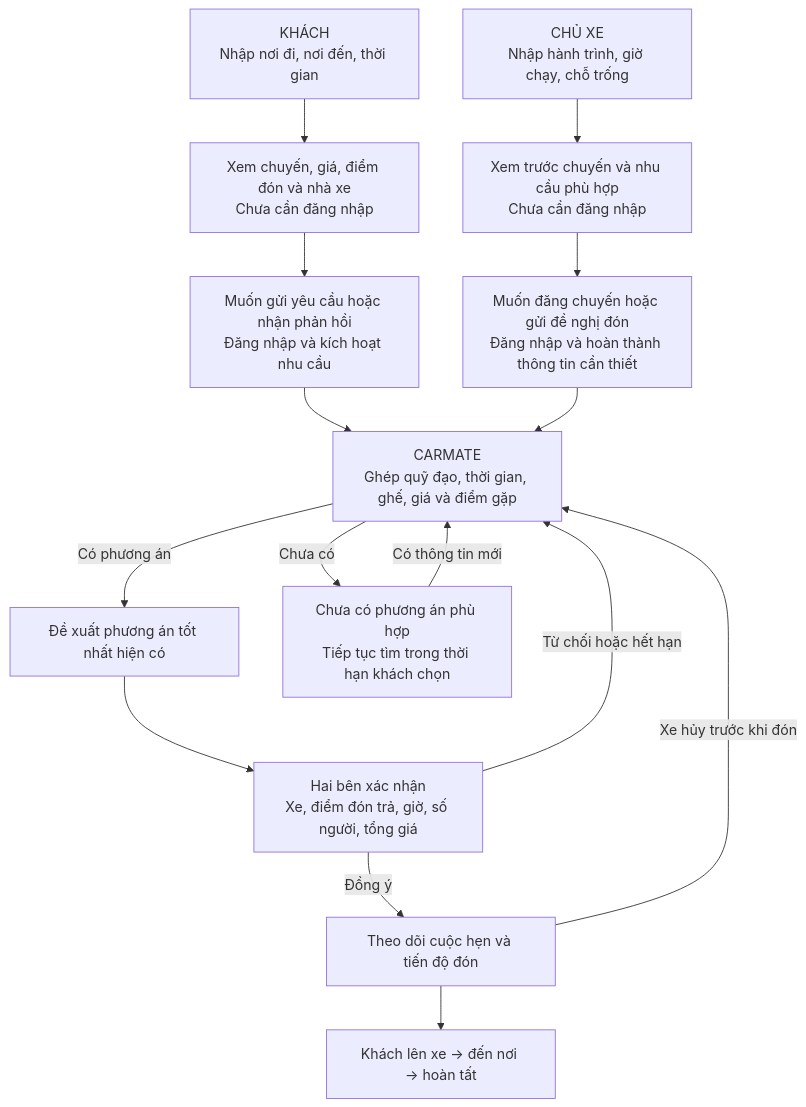
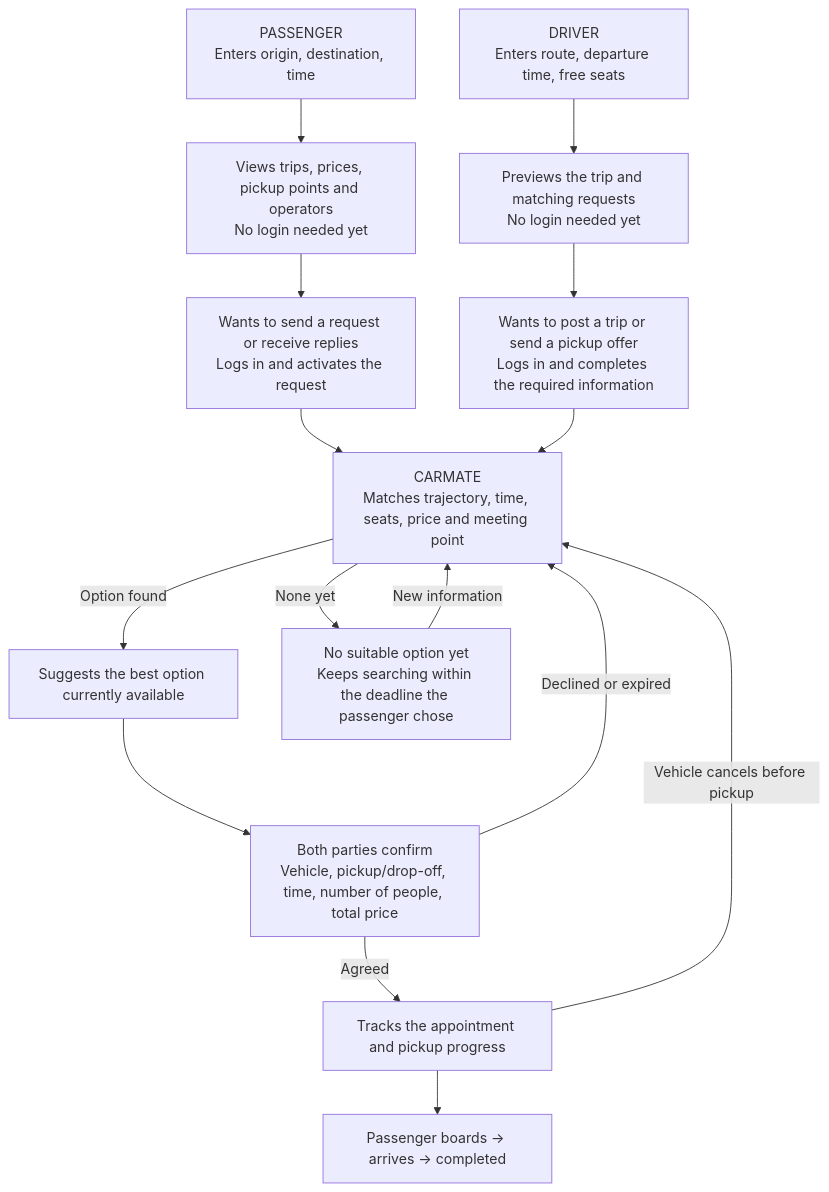
Before and after one commit to brianhuynh2021/carmate: the diagram in docs/PRODUCT_FLOW.md, drawn with Mermaid. The commit also changed other lines of this file and 162 other files, not shown here.

````diff
--- a/docs/PRODUCT_FLOW.md
+++ b/docs/PRODUCT_FLOW.md
@@ -18,28 +18,28 @@
 ```mermaid
 flowchart TD
-    K1["KHÁCH<br/>Nhập nơi đi, nơi đến, thời gian"]
-    K2["Xem chuyến, giá, điểm đón và nhà xe<br/>Chưa cần đăng nhập"]
-    K3["Muốn gửi yêu cầu hoặc nhận phản hồi<br/>Đăng nhập và kích hoạt nhu cầu"]
+    K1["PASSENGER<br/>Enters origin, destination, time"]
+    K2["Views trips, prices, pickup points and operators<br/>No login needed yet"]
+    K3["Wants to send a request or receive replies<br/>Logs in and activates the request"]
 
-    X1["CHỦ XE<br/>Nhập hành trình, giờ chạy, chỗ trống"]
-    X2["Xem trước chuyến và nhu cầu phù hợp<br/>Chưa cần đăng nhập"]
-    X3["Muốn đăng chuyến hoặc gửi đề nghị đón<br/>Đăng nhập và hoàn thành thông tin cần thiết"]
+    X1["DRIVER<br/>Enters route, departure time, free seats"]
+    X2["Previews the trip and matching requests<br/>No login needed yet"]
+    X3["Wants to post a trip or send a pickup offer<br/>Logs in and completes the required information"]
 
-    M["CARMATE<br/>Ghép quỹ đạo, thời gian, ghế, giá và điểm gặp"]
-    P["Đề xuất phương án tốt nhất hiện có"]
-    C["Hai bên xác nhận<br/>Xe, điểm đón trả, giờ, số người, tổng giá"]
-    H["Theo dõi cuộc hẹn và tiến độ đón"]
-    B["Khách lên xe → đến nơi → hoàn tất"]
-    W["Chưa có phương án phù hợp<br/>Tiếp tục tìm trong thời hạn khách chọn"]
+    M["CARMATE<br/>Matches trajectory, time, seats, price and meeting point"]
+    P["Suggests the best option currently available"]
+    C["Both parties confirm<br/>Vehicle, pickup/drop-off, time, number of people, total price"]
+    H["Tracks the appointment and pickup progress"]
+    B["Passenger boards → arrives → completed"]
+    W["No suitable option yet<br/>Keeps searching within the deadline the passenger chose"]
 
     K1 --> K2 --> K3 --> M
     X1 --> X2 --> X3 --> M
-    M -->|Có phương án| P
-    M -->|Chưa có| W
-    W -->|Có thông tin mới| M
+    M -->|Option found| P
+    M -->|None yet| W
+    W -->|New information| M
     P --> C
-    C -->|Từ chối hoặc hết hạn| M
-    C -->|Đồng ý| H
+    C -->|Declined or expired| M
+    C -->|Agreed| H
     H --> B
-    H -->|Xe hủy trước khi đón| M
+    H -->|Vehicle cancels before pickup| M
 ```
````
